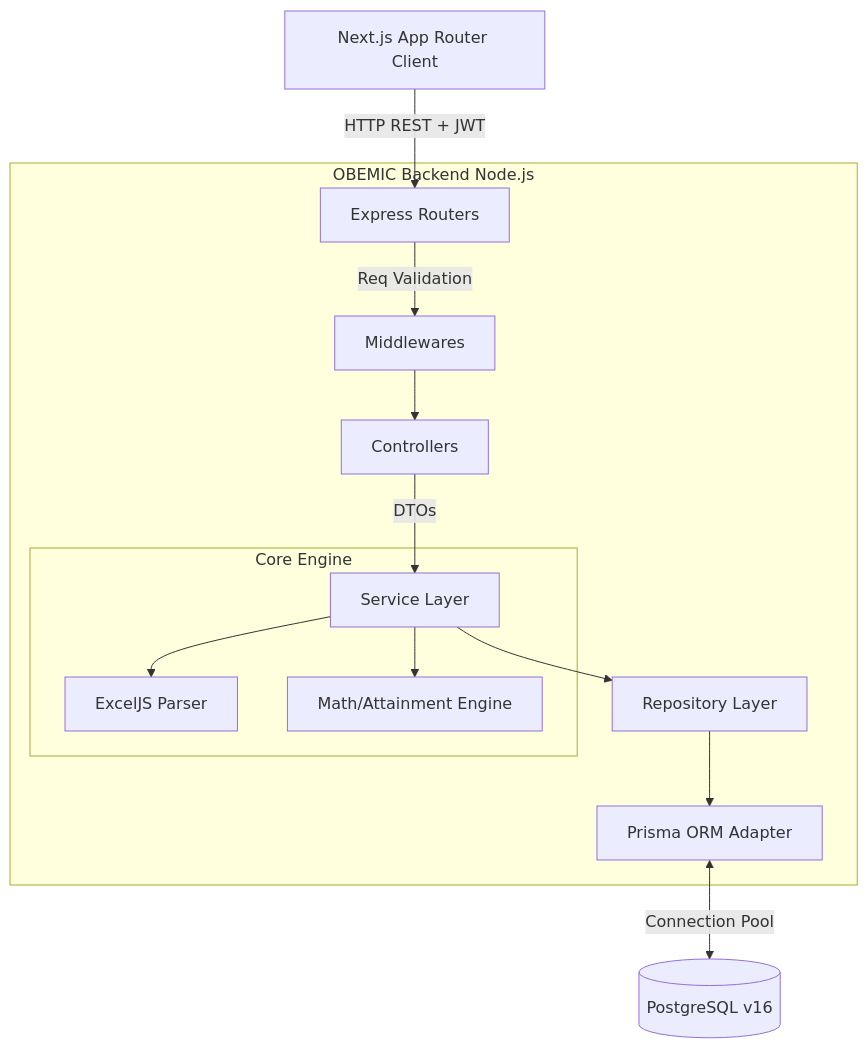
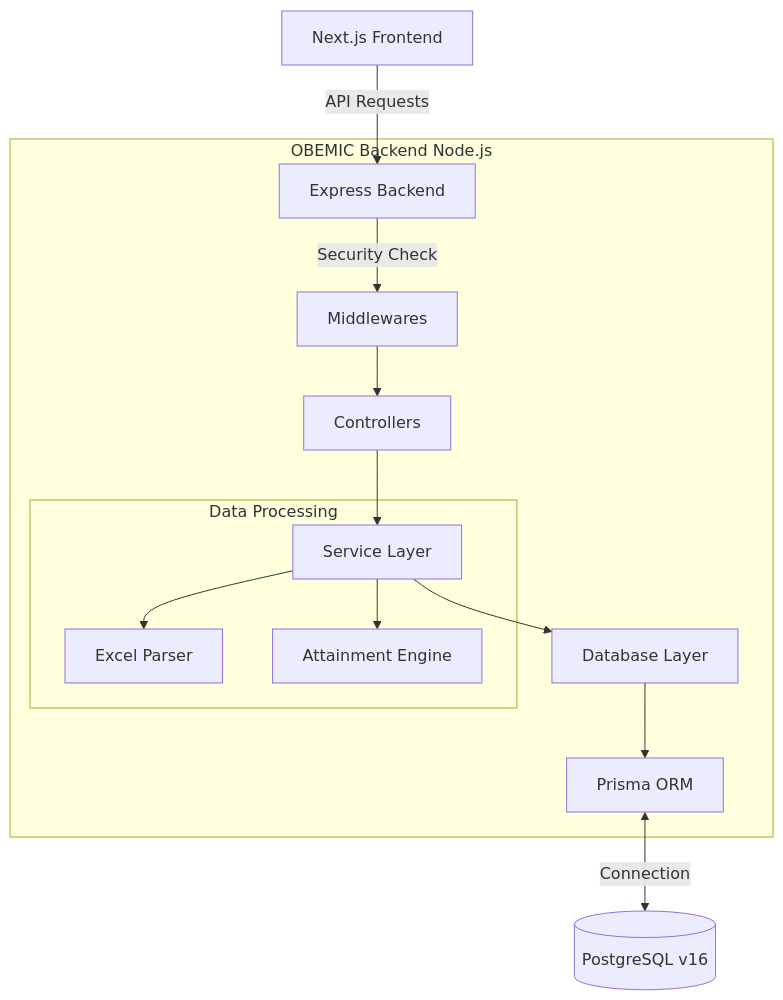
Before and after one commit to IshaqShaik9014/OBEMIC: the diagram in README.md, drawn with Mermaid. The commit also changed other lines of this file, not shown here.

````diff
--- a/README.md
+++ b/README.md
@@ -127,20 +114,20 @@
 ```mermaid
 graph TD
-    Client[Next.js App Router Client] -->|HTTP REST + JWT| Router[Express Routers]
+    Client[Next.js Frontend] -->|API Requests| Router[Express Backend]
     
     subgraph OBEMIC Backend Node.js
-        Router -->|Req Validation| MW[Middlewares]
+        Router -->|Security Check| MW[Middlewares]
         MW --> Ctrl[Controllers]
-        Ctrl -->|DTOs| Svc[Service Layer]
+        Ctrl --> Svc[Service Layer]
         
-        subgraph Core Engine
-            Svc --> Excel[ExcelJS Parser]
-            Svc --> Math[Math/Attainment Engine]
+        subgraph Data Processing
+            Svc --> Excel[Excel Parser]
+            Svc --> Math[Attainment Engine]
         end
         
-        Svc --> Repo[Repository Layer]
-        Repo --> Prisma[Prisma ORM Adapter]
+        Svc --> Repo[Database Layer]
+        Repo --> Prisma[Prisma ORM]
     end
     
-    Prisma <-->|Connection Pool| DB[(PostgreSQL v16)]
+    Prisma <-->|Connection| DB[(PostgreSQL v16)]
 ```
````
